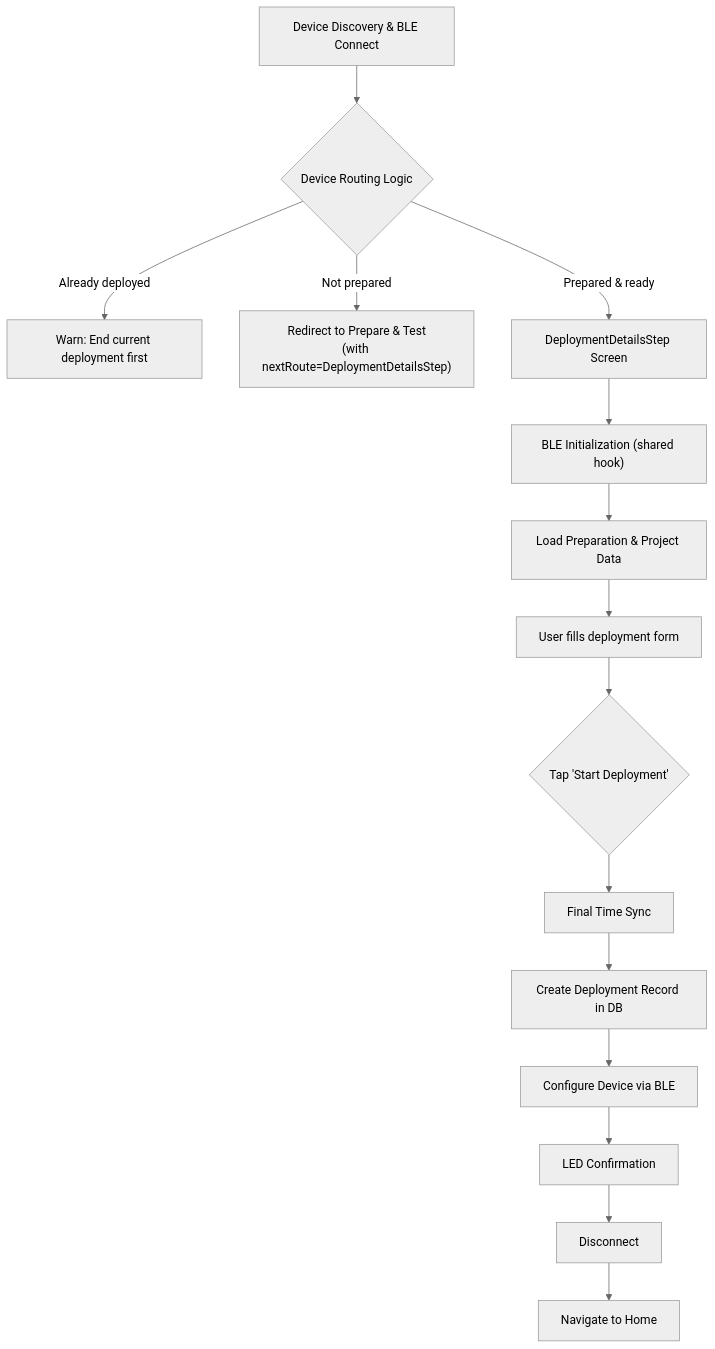
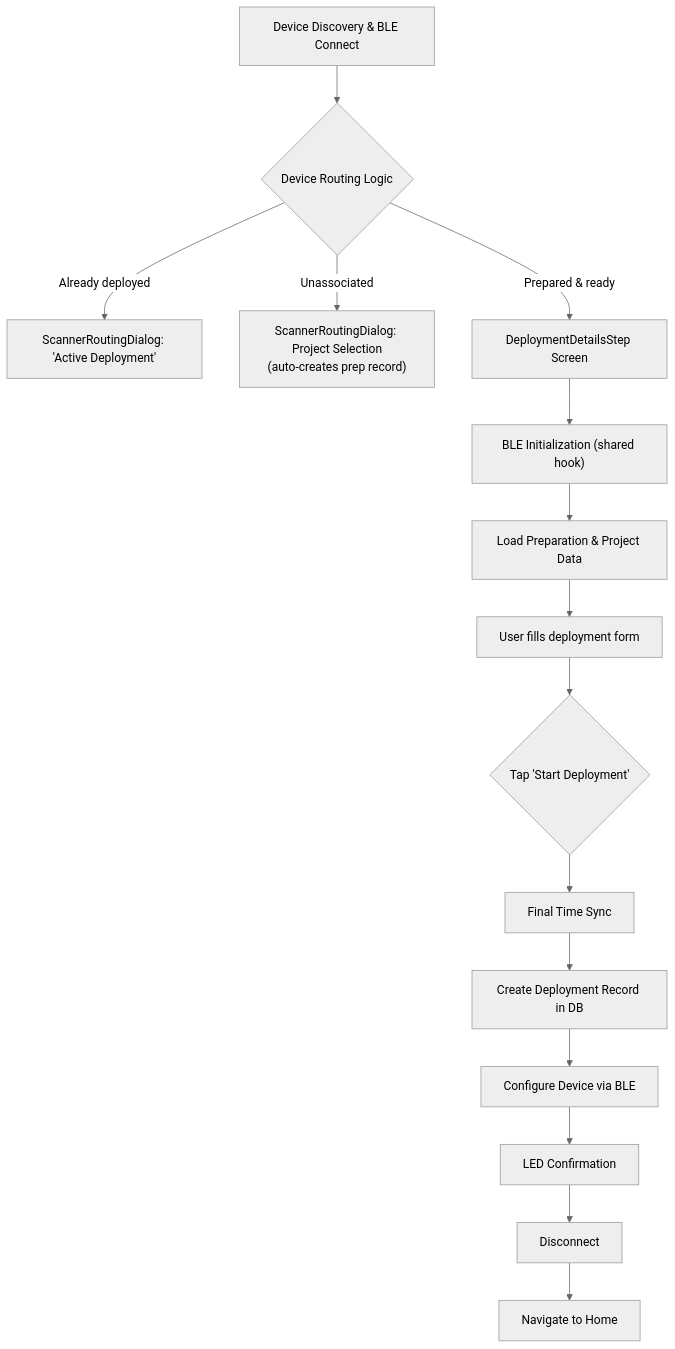
One commit to wildlifeai/ww-mobile-app changed the second of 3 diagrams in documentation/onboarding/04-DEVICE-FLOWS.md. Above: the diagram before and after it, drawn with Mermaid (neutral theme). The commit also changed other lines of this file and 53 other files, not shown here.

First line of the commit message:
feat: implement scanner auto-connect and background GPS location

````diff
--- a/documentation/onboarding/04-DEVICE-FLOWS.md
+++ b/documentation/onboarding/04-DEVICE-FLOWS.md
@@ -117,18 +68,18 @@
 ```mermaid
 flowchart TD
     A["Device Discovery & BLE Connect"] --> B{"Device Routing Logic"}
-    B -- "Already deployed" --> C["Warn: End current deployment first"]
-    B -- "Not prepared" --> D["Redirect to Prepare & Test<br/>(with nextRoute=DeploymentDetailsStep)"]
+    B -- "Already deployed" --> C["ScannerRoutingDialog: 'Active Deployment'"]
+    B -- "Unassociated" --> D["ScannerRoutingDialog: Project Selection<br/>(auto-creates prep record)"]
     B -- "Prepared & ready" --> E["DeploymentDetailsStep Screen"]
     
     E --> F["BLE Initialization (shared hook)"]
     F --> G["Load Preparation & Project Data"]
     G --> H["User fills deployment form"]
     H --> I{"Tap 'Start Deployment'"}
     I --> J["Final Time Sync"]
     J --> K["Create Deployment Record in DB"]
     K --> L["Configure Device via BLE"]
     L --> M["LED Confirmation"]
     M --> N["Disconnect"]
     N --> O["Navigate to Home"]
 ```
````
